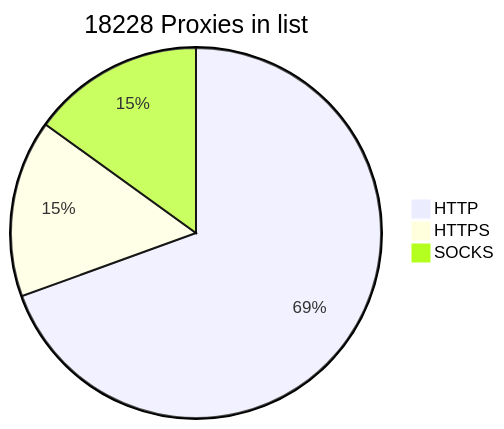
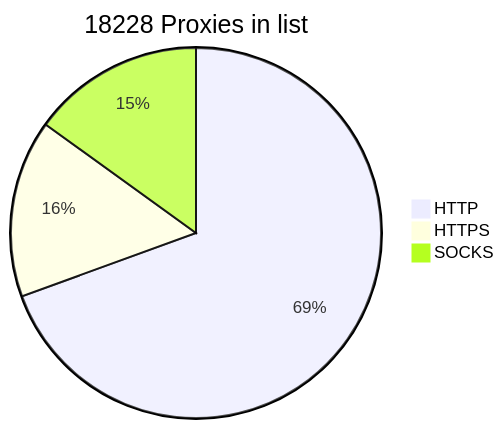
Before and after one commit to BlackSnowDot/proxylist-update-every-minute: the diagram in README.md, drawn with Mermaid.

````diff
--- a/README.md
+++ b/README.md
@@ -2,6 +2,6 @@
 ```mermaid
 pie title 18228 Proxies in list
-    "HTTP" : 13649
-    "HTTPS": 3043
+    "HTTP" : 13646
+    "HTTPS": 3046
     "SOCKS" : 2957
 ```
````
